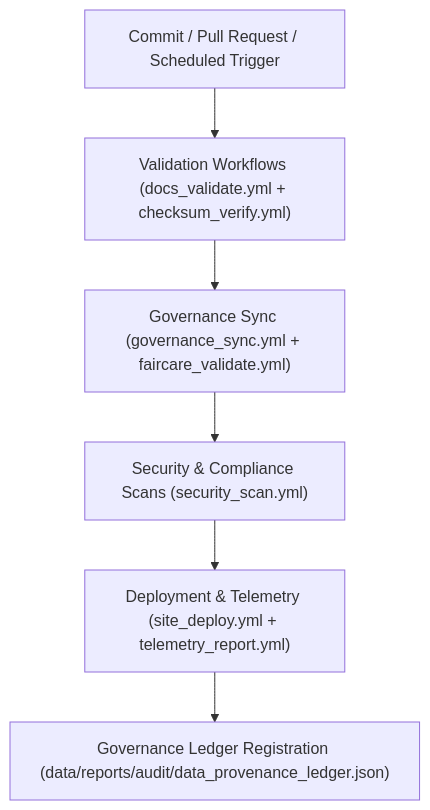
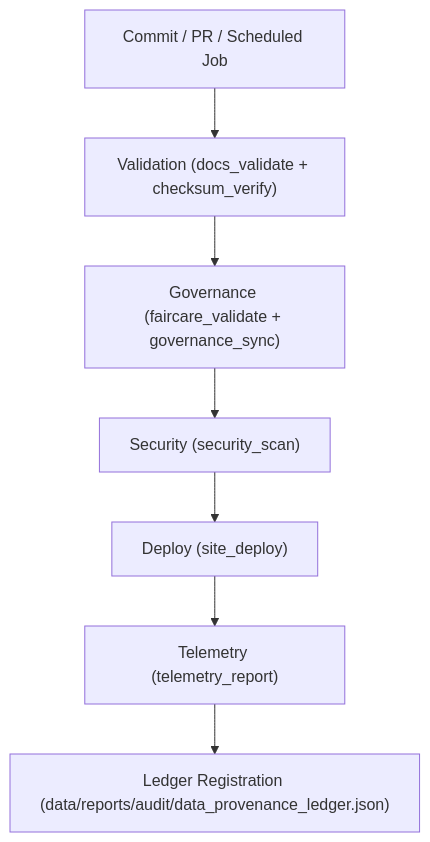
Before and after one commit to bartytime4life/Kansas-Frontier-Matrix: the diagram in tools/ci/README.md, drawn with Mermaid. The commit also changed other lines of this file, not shown here.

````diff
--- a/tools/ci/README.md
+++ b/tools/ci/README.md
@@ -66,8 +62,9 @@
 ```mermaid
 flowchart TD
-    A["Commit / Pull Request / Scheduled Trigger"] --> B["Validation Workflows (docs_validate.yml + checksum_verify.yml)"]
-    B --> C["Governance Sync (governance_sync.yml + faircare_validate.yml)"]
-    C --> D["Security & Compliance Scans (security_scan.yml)"]
-    D --> E["Deployment & Telemetry (site_deploy.yml + telemetry_report.yml)"]
-    E --> F["Governance Ledger Registration (data/reports/audit/data_provenance_ledger.json)"]
+A["Commit / PR / Scheduled Job"] --> B["Validation (docs_validate + checksum_verify)"]
+B --> C["Governance (faircare_validate + governance_sync)"]
+C --> D["Security (security_scan)"]
+D --> E["Deploy (site_deploy)"]
+E --> F["Telemetry (telemetry_report)"]
+F --> G["Ledger Registration (data/reports/audit/data_provenance_ledger.json)"]
 ```
````
